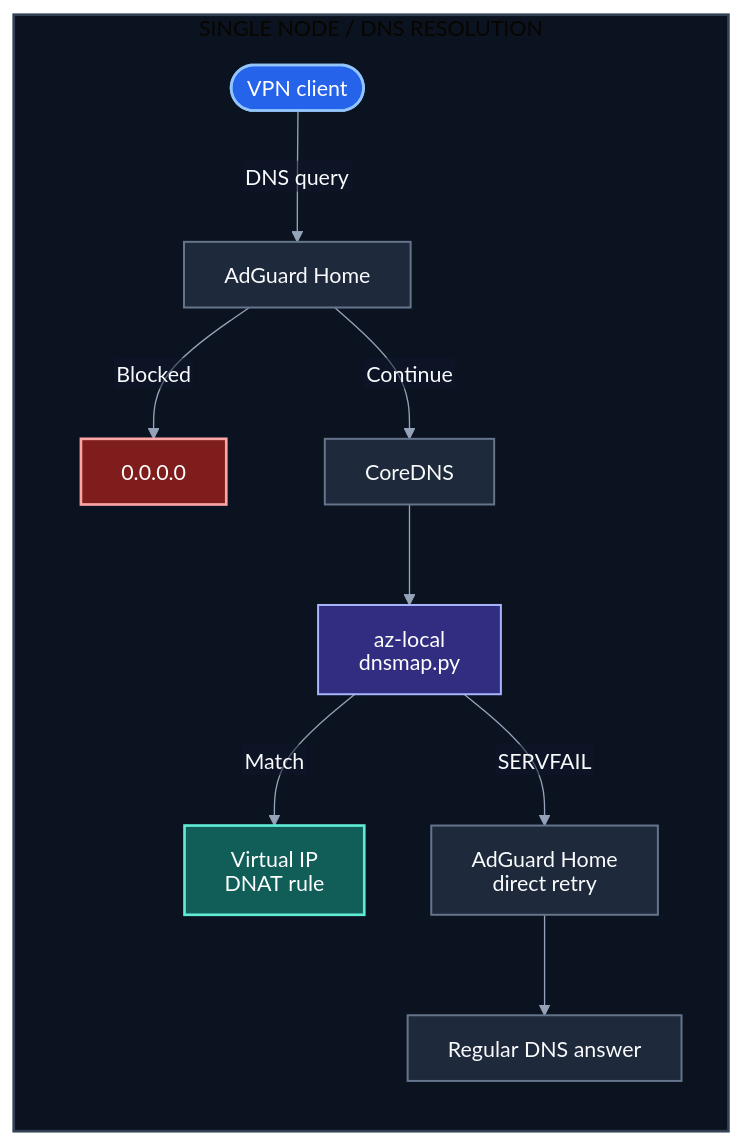
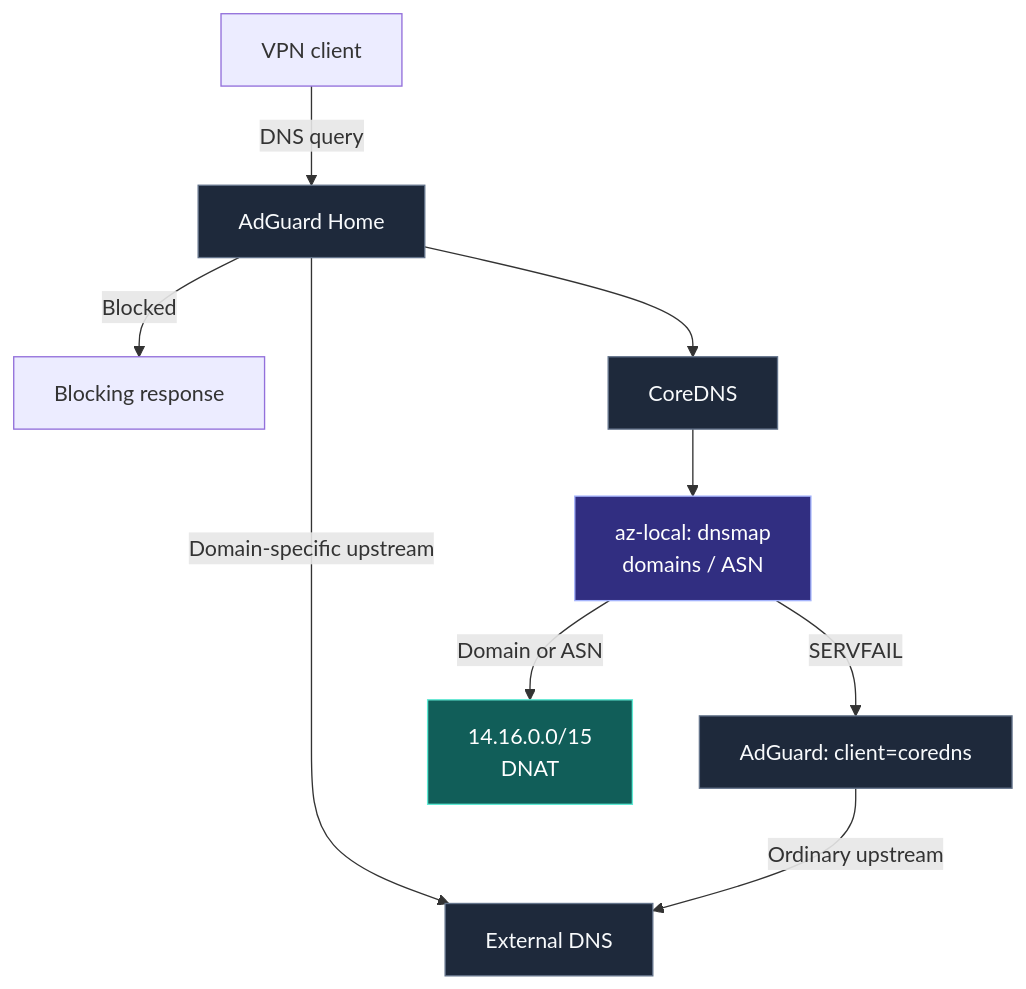
One commit to xtrime-ru/antizapret-vpn-docker changed the second of 3 diagrams in README.md. Above: the diagram before and after it, drawn with Mermaid. The commit also changed other lines of this file and 1 other file, not shown here.

Commit message:
Docs: update routing rules, DNS diagrams and README contents

````diff
--- a/README.md
+++ b/README.md
@@ -448,25 +472,18 @@
 ```mermaid
-%%{init: {"theme":"base","htmlLabels":false,"flowchart":{"htmlLabels":false},"themeVariables":{"primaryTextColor":"#f8fafc","lineColor":"#94a3b8","textColor":"#e2e8f0","edgeLabelBackground":"#0f172a"},"themeCSS":".cluster-label text { fill: #f8fafc !important; } .cluster rect { rx: 18px; ry: 18px; } .node rect { rx: 10px; ry: 10px; }"}}%%
 flowchart TB
-    subgraph canvas["SINGLE NODE  /  DNS RESOLUTION"]
-        direction TB
-        client([VPN client]) -->|DNS query| adguard[AdGuard Home]
-        adguard -->|Blocked| deny[0.0.0.0]
-        adguard -->|Continue| core[CoreDNS]
-        core --> local[az-local<br/>dnsmap.py]
-        local -->|Match| mapped[Virtual IP<br/>DNAT rule]
-        local -->|SERVFAIL| retry[AdGuard Home<br/>direct retry]
-        retry --> normal[Regular DNS answer]
-    end
-    style canvas fill:#0b1220,stroke:#334155,stroke-width:2px,color:#f8fafc
-    classDef client fill:#2563eb,stroke:#93c5fd,stroke-width:2px,color:#ffffff
-    classDef service fill:#1e293b,stroke:#64748b,stroke-width:1.5px,color:#f8fafc
-    classDef exit fill:#312e81,stroke:#a5b4fc,stroke-width:1.5px,color:#ffffff
-    classDef mapped fill:#115e59,stroke:#5eead4,stroke-width:2px,color:#ffffff
-    classDef blocked fill:#7f1d1d,stroke:#fca5a5,stroke-width:2px,color:#ffffff
-    class client client
-    class adguard,core,retry,normal service
+    client["VPN client"] -->|DNS query| adguard["AdGuard Home"]
+    adguard -->|Blocked| deny["Blocking response"]
+    adguard -->|Domain-specific upstream| external["External DNS"]
+    adguard --> core["CoreDNS"]
+    core --> local
+    local["az-local: dnsmap<br/>domains / ASN"]
+    local -->|Domain or ASN| localip["14.16.0.0/15<br/>DNAT"]
+    local -->|SERVFAIL| retry["AdGuard: client=coredns"]
+    retry -->|Ordinary upstream| external
+    classDef service fill:#1e293b,stroke:#64748b,color:#f8fafc
+    classDef exit fill:#312e81,stroke:#a5b4fc,color:#ffffff
+    classDef mapped fill:#115e59,stroke:#5eead4,color:#ffffff
+    class adguard,core,retry,external service
     class local exit
-    class mapped mapped
-    class deny blocked
+    class localip mapped
 ```
````
